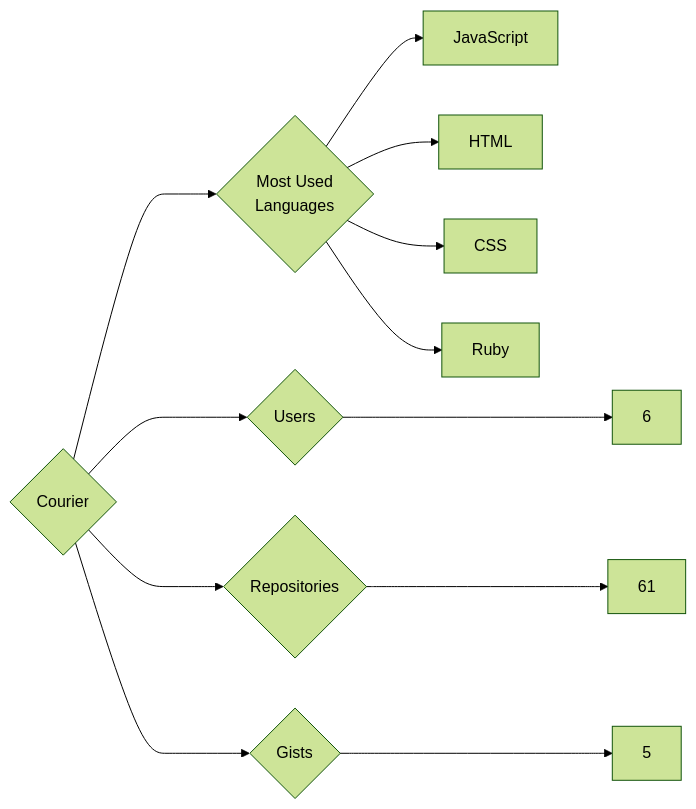
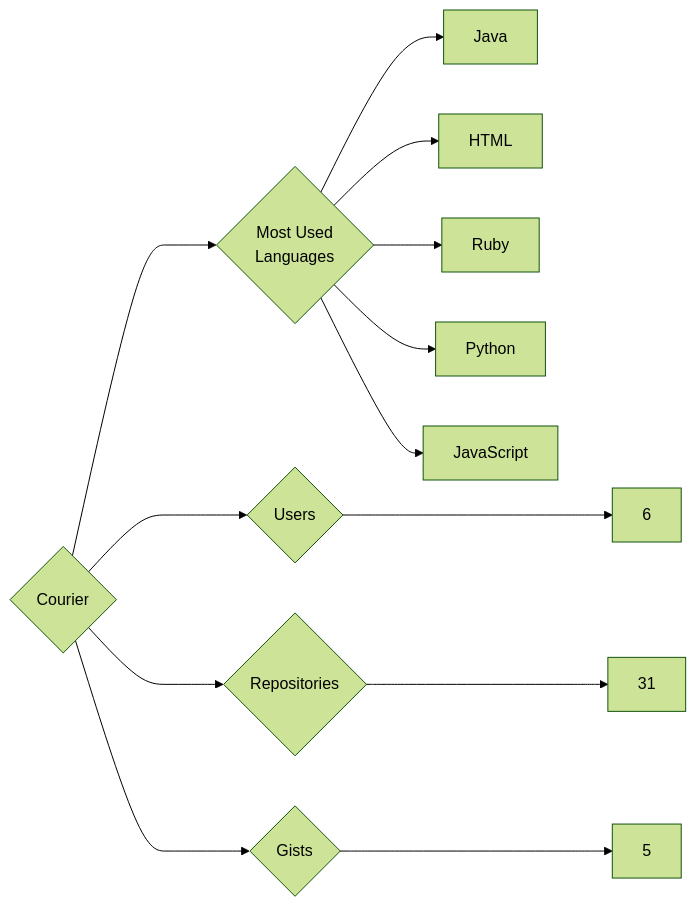
Before and after one commit to trickest/insiders: the diagram in targets/Courier/README.md, drawn with Mermaid (forest theme). The commit also changed 1092 other files, not shown here.

````diff
--- a/targets/Courier/README.md
+++ b/targets/Courier/README.md
@@ -3,12 +3,13 @@
 ```mermaid
 graph LR
 COMPANY_NAME{Courier}
 COMPANY_NAME ---> U{Users} ---> UN[6]
-COMPANY_NAME ---> R{Repositories} ---> RN[61]
+COMPANY_NAME ---> R{Repositories} ---> RN[31]
 COMPANY_NAME ---> G{Gists} ---> GN[5]
 COMPANY_NAME ---> ML{Most Used<br>Languages}
+ML --> Java[Java]
+ML --> HTML[HTML]
+ML --> Ruby[Ruby]
+ML --> Python[Python]
 ML --> JavaScript[JavaScript]
-ML --> HTML[HTML]
-ML --> CSS[CSS]
-ML --> Ruby[Ruby]
 ```
````
